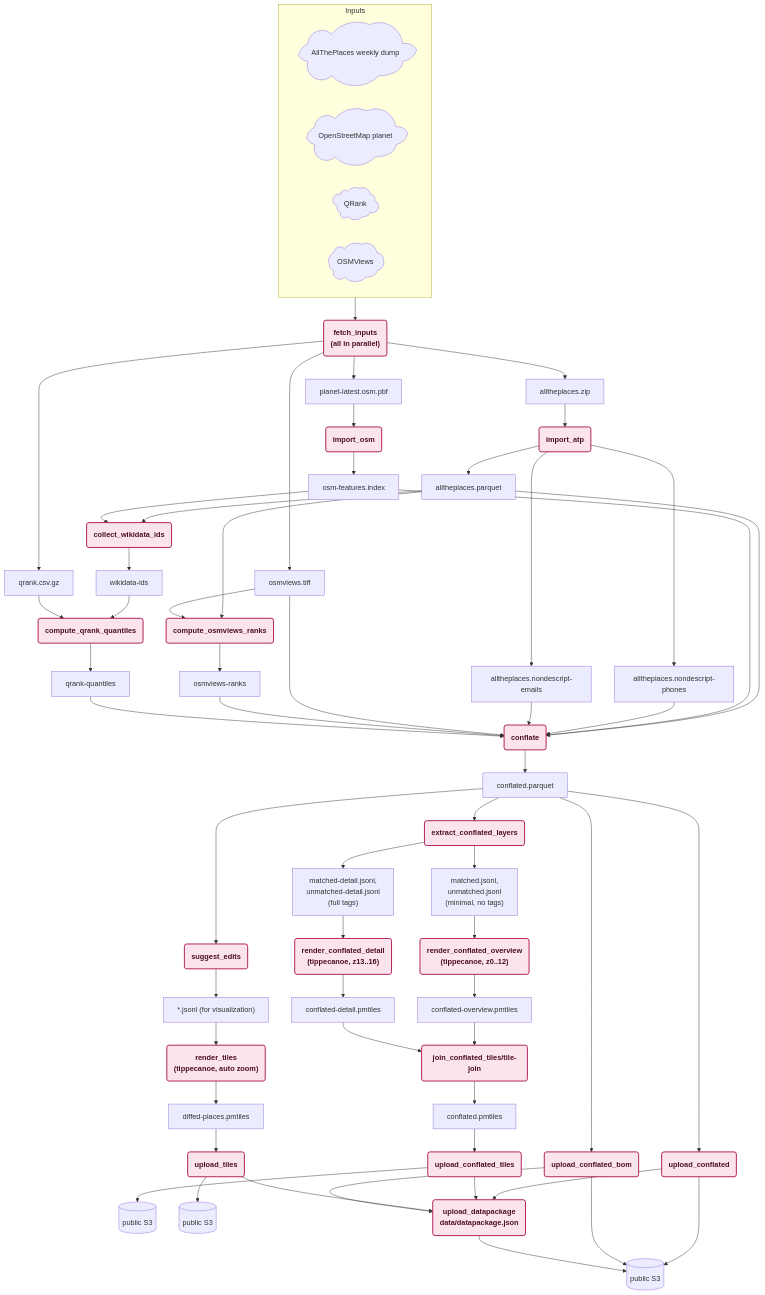
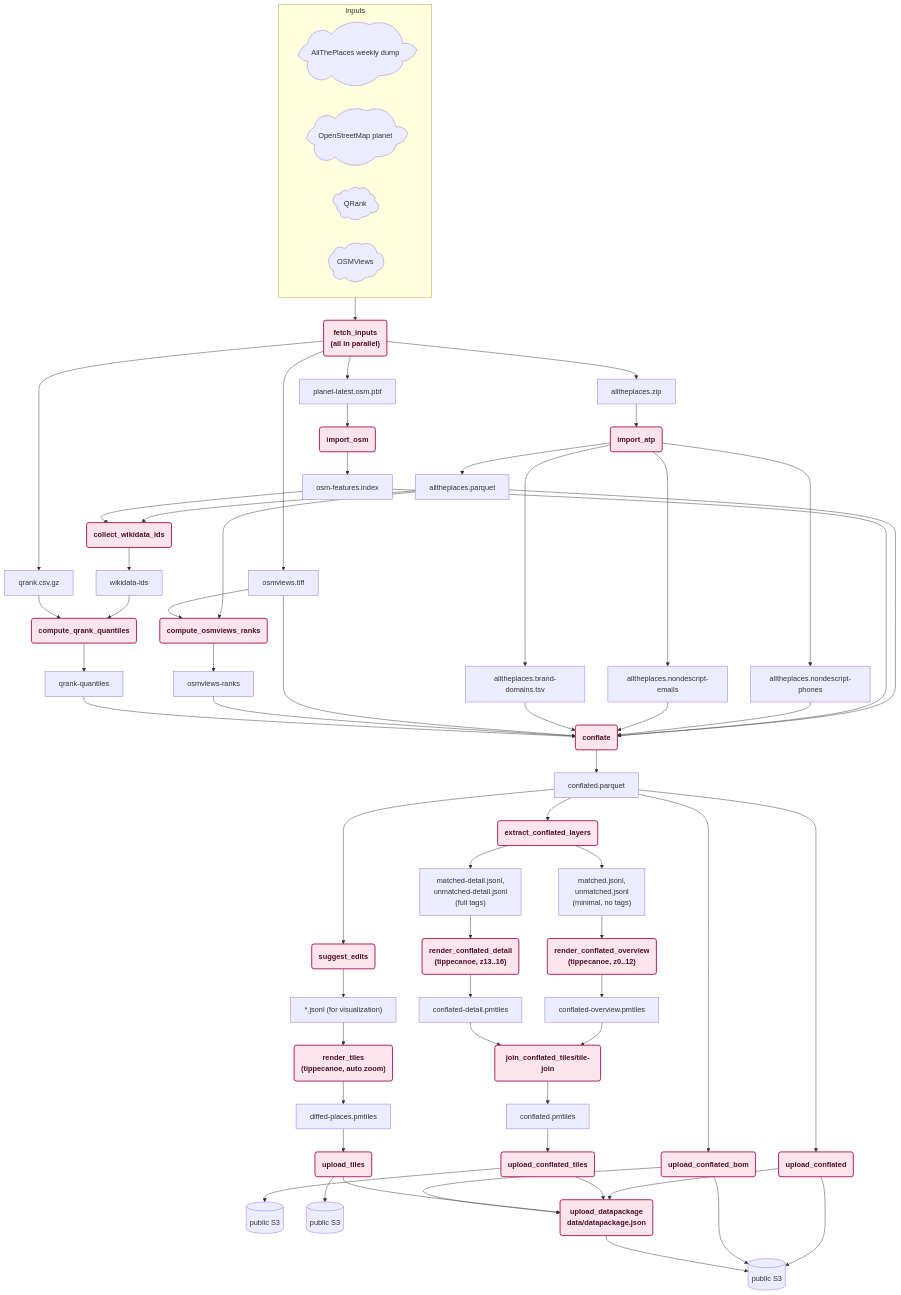
The diagram in docs/TECHNICAL_DESIGN.md (brawer/osmdiffs), drawn with Mermaid before and after one commit. The commit also changed other lines of this file and 10 other files, not shown here.

````diff
--- a/docs/TECHNICAL_DESIGN.md
+++ b/docs/TECHNICAL_DESIGN.md
@@ -177,68 +177,70 @@
 ```mermaid
 graph TD
     ATP_SRC@{ shape: cloud, label: "AllThePlaces weekly dump" }
     OSM_SRC@{ shape: cloud, label: "OpenStreetMap planet" }
     QRANK_SRC@{ shape: cloud, label: "QRank" }
     OSMVIEWS_SRC@{ shape: cloud, label: "OSMViews" }
 
     subgraph INPUTS [Inputs]
         ATP_SRC
         OSM_SRC
         QRANK_SRC
         OSMVIEWS_SRC
     end
     INPUTS --> FETCH_INPUTS("fetch_inputs<br/>(all in parallel)")
     FETCH_INPUTS --> ATP_ZIP[alltheplaces.zip]
     FETCH_INPUTS --> OSM_PBF[planet-latest.osm.pbf]
     FETCH_INPUTS --> QRANK_CSV[qrank.csv.gz]
     FETCH_INPUTS --> OSMVIEWS_TIFF[osmviews.tiff]
 
     ATP_ZIP --> IMPORT_ATP(import_atp) --> ATP_PARQUET[alltheplaces.parquet]
     IMPORT_ATP --> NONDESCRIPT_PHONES[alltheplaces.nondescript-phones]
     IMPORT_ATP --> NONDESCRIPT_EMAILS[alltheplaces.nondescript-emails]
+    IMPORT_ATP --> BRAND_DOMAINS[alltheplaces.brand-domains.tsv]
     ATP_PARQUET --> OSMVIEWS_RANKS(compute_osmviews_ranks)
     OSMVIEWS_TIFF --> OSMVIEWS_RANKS
     OSMVIEWS_RANKS --> OSMVIEWS_R[osmviews-ranks]
 
     OSM_PBF --> IMPORT_OSM(import_osm) --> OSM_INDEX[osm-features.index]
 
     ATP_PARQUET --> COLLECT_WIKI(collect_wikidata_ids)
     OSM_INDEX --> COLLECT_WIKI
     COLLECT_WIKI --> WIKIDATA[wikidata-ids]
     WIKIDATA --> QRANK_QUANTILES(compute_qrank_quantiles)
     QRANK_CSV --> QRANK_QUANTILES
     QRANK_QUANTILES --> QRANK_Q[qrank-quantiles]
 
     ATP_PARQUET --> CONFLATE(conflate)
     OSM_INDEX --> CONFLATE
     NONDESCRIPT_PHONES --> CONFLATE
     NONDESCRIPT_EMAILS --> CONFLATE
+    BRAND_DOMAINS --> CONFLATE
     OSMVIEWS_TIFF --> CONFLATE
     OSMVIEWS_R --> CONFLATE
     QRANK_Q --> CONFLATE
     CONFLATE --> CONFLATED[conflated.parquet]
     CONFLATED --> UPLOAD_CONFLATED(upload_conflated) --> S3A[("public S3")]
 
     CONFLATED --> EXTRACT_CONFLATED_LAYERS(extract_conflated_layers)
     EXTRACT_CONFLATED_LAYERS --> OVERVIEW_LAYERS["matched.jsonl,<br/>unmatched.jsonl<br/>(minimal, no tags)"]
     EXTRACT_CONFLATED_LAYERS --> DETAIL_LAYERS["matched-detail.jsonl,<br/>unmatched-detail.jsonl<br/>(full tags)"]
     OVERVIEW_LAYERS --> RENDER_CONFLATED_OVERVIEW("render_conflated_overview<br/>(tippecanoe, z0..12)") --> OVERVIEW_PMTILES[conflated-overview.pmtiles]
     DETAIL_LAYERS --> RENDER_CONFLATED_DETAIL("render_conflated_detail<br/>(tippecanoe, z13..16)") --> DETAIL_PMTILES[conflated-detail.pmtiles]
     OVERVIEW_PMTILES --> JOIN_CONFLATED_TILES(join_conflated_tiles/tile-join)
     DETAIL_PMTILES --> JOIN_CONFLATED_TILES
     JOIN_CONFLATED_TILES --> CONFLATED_PMTILES[conflated.pmtiles]
     CONFLATED_PMTILES --> UPLOAD_CONFLATED_TILES(upload_conflated_tiles) --> S3C[("public S3")]
 
     CONFLATED --> SUGGEST_EDITS(suggest_edits) --> LAYERS["*.jsonl (for visualization)"]
     LAYERS --> RENDER_TILES("render_tiles<br/>(tippecanoe, auto zoom)") --> PMTILES[diffed-places.pmtiles]
     PMTILES --> UPLOAD_TILES(upload_tiles) --> S3B[("public S3")]
 
     CONFLATED --> UPLOAD_BOM(upload_conflated_bom) --> S3A
     UPLOAD_CONFLATED --> UPLOAD_DATAPACKAGE
     UPLOAD_CONFLATED_TILES --> UPLOAD_DATAPACKAGE
     UPLOAD_TILES --> UPLOAD_DATAPACKAGE
     UPLOAD_BOM --> UPLOAD_DATAPACKAGE(upload_datapackage<br/>data/datapackage.json) --> S3A
 
     classDef process fill:#fce4ec,stroke:#ad1457,stroke-width:2px,color:#4a0e28,font-weight:bold;
     class FETCH_INPUTS,IMPORT_ATP,OSMVIEWS_RANKS,COLLECT_WIKI,QRANK_QUANTILES,IMPORT_OSM,CONFLATE,UPLOAD_CONFLATED,EXTRACT_CONFLATED_LAYERS,RENDER_CONFLATED_OVERVIEW,RENDER_CONFLATED_DETAIL,JOIN_CONFLATED_TILES,UPLOAD_CONFLATED_TILES,SUGGEST_EDITS,RENDER_TILES,UPLOAD_TILES,UPLOAD_BOM,UPLOAD_DATAPACKAGE process;
 ```
````
